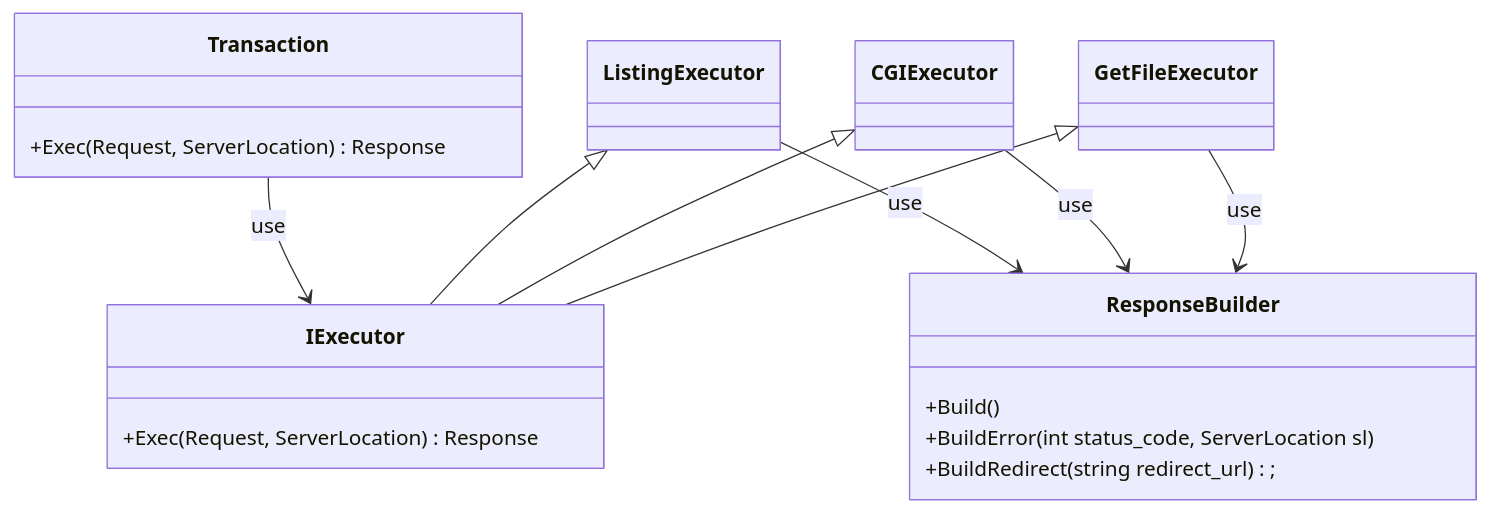
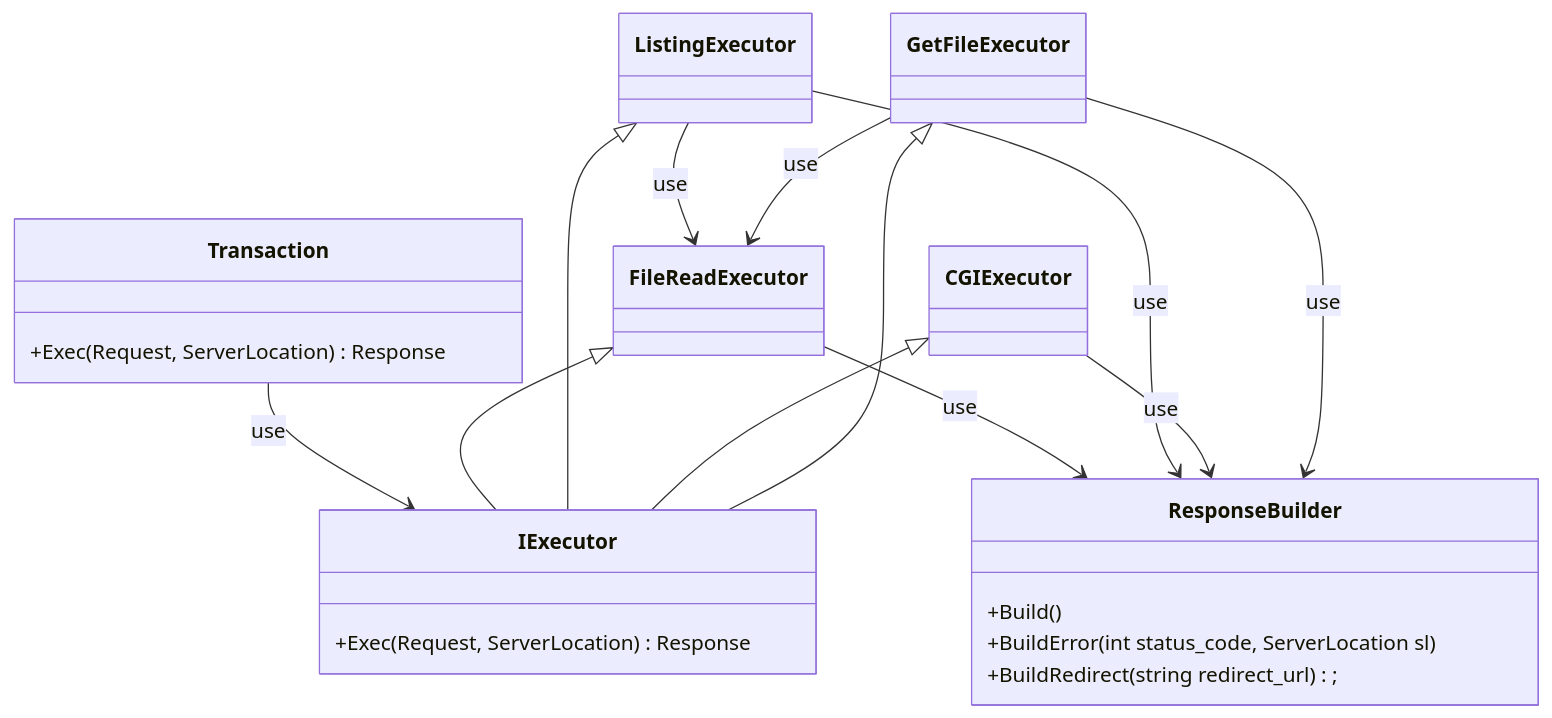
The diagram in docs/class/transaction_class.md (katataku/webserv), drawn with Mermaid before and after one commit. The commit also changed other lines of this file, not shown here.

````diff
--- a/docs/class/transaction_class.md
+++ b/docs/class/transaction_class.md
@@ -1,37 +1,43 @@
 ```mermaid
 classDiagram
     GetFileExecutor <|-- IExecutor
     CGIExecutor <|-- IExecutor
     ListingExecutor <|-- IExecutor
+    FileReadExecutor <|-- IExecutor
 
     Transaction --> IExecutor : use
     GetFileExecutor --> ResponseBuilder : use
     CGIExecutor --> ResponseBuilder : use
     ListingExecutor --> ResponseBuilder : use
+    FileReadExecutor --> ResponseBuilder : use
+
+
+    GetFileExecutor --> FileReadExecutor : use
+    ListingExecutor --> FileReadExecutor : use
 
     class GetFileExecutor {
     }
 
     class CGIExecutor {
     }
 
     class ListingExecutor {
     }
 
     class IExecutor {
         +Exec(Request, ServerLocation) Response
     }
 
 
     class Transaction {
         +Exec(Request, ServerLocation) Response
     }
 
 	%% status_code, server_location &&
     class ResponseBuilder {
         +Build()
 		+BuildError(int status_code, ServerLocation sl)
 		+BuildRedirect(string redirect_url);
     }
 
 ```
````
